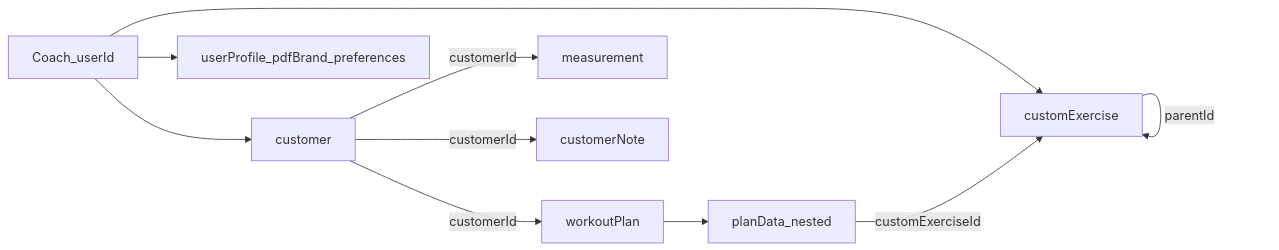
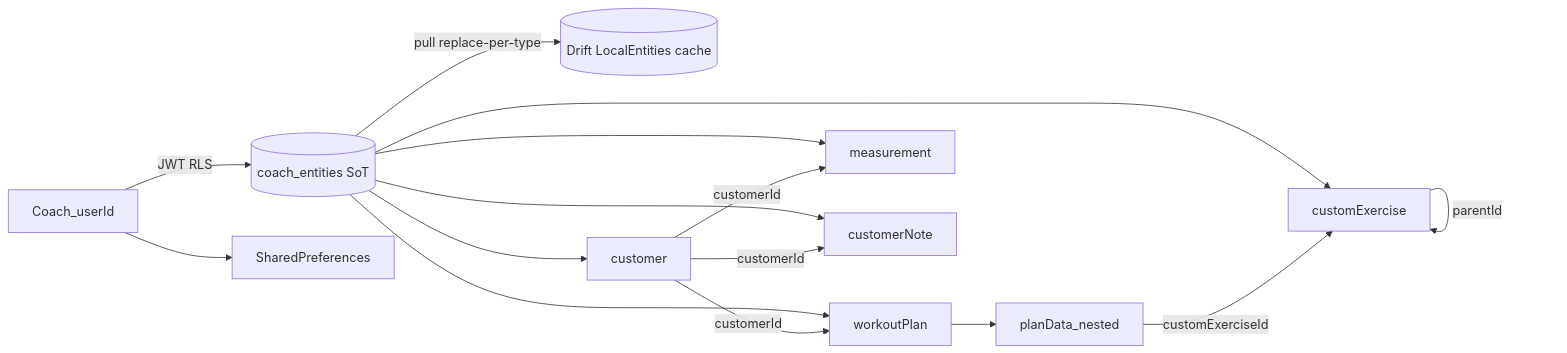
One commit to edar-dev/powercoach-studio changed the second of 2 diagrams in docs/data-catalog.md. Above: the diagram before and after it, drawn with Mermaid. The commit also changed other lines of this file and 12 other files, not shown here.

First line of the commit message:
docs(data-catalog): align registry with coach_entities cloud SoT (#171)

````diff
--- a/docs/data-catalog.md
+++ b/docs/data-catalog.md
@@ -39,20 +100,27 @@
 ```mermaid
 flowchart LR
-  CoachUser[Coach_userId]
+  Coach[Coach_userId]
+  Cloud[(coach_entities SoT)]
+  Cache[(Drift LocalEntities cache)]
+  Prefs[SharedPreferences]
   Customer[customer]
   Plan[workoutPlan]
   Meas[measurement]
   Note[customerNote]
   CustEx[customExercise]
   PlanData[planData_nested]
-  Prefs[userProfile_pdfBrand_preferences]
-  CoachUser --> Customer
-  CoachUser --> CustEx
-  CoachUser --> Prefs
+  Coach -->|JWT RLS| Cloud
+  Cloud -->|pull replace-per-type| Cache
+  Coach --> Prefs
+  Cloud --> Customer
+  Cloud --> Plan
+  Cloud --> Meas
+  Cloud --> Note
+  Cloud --> CustEx
   Customer -->|customerId| Plan
   Customer -->|customerId| Meas
   Customer -->|customerId| Note
   CustEx -->|parentId| CustEx
   Plan --> PlanData
   PlanData -->|customExerciseId| CustEx
 ```
````
